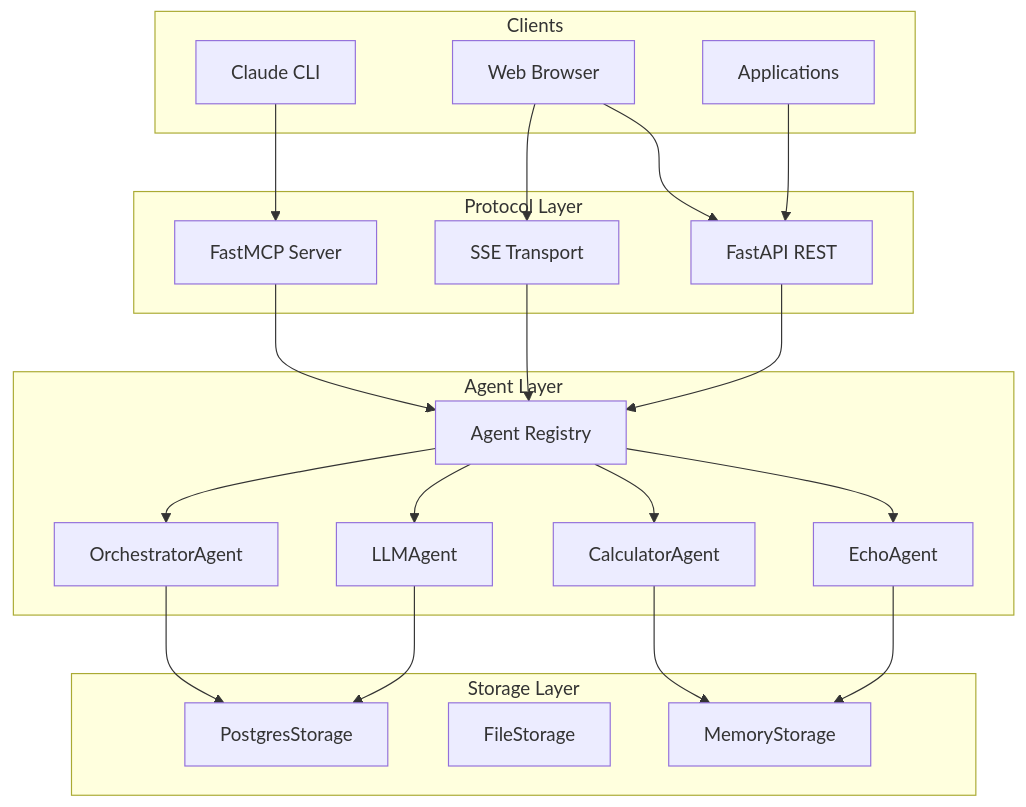
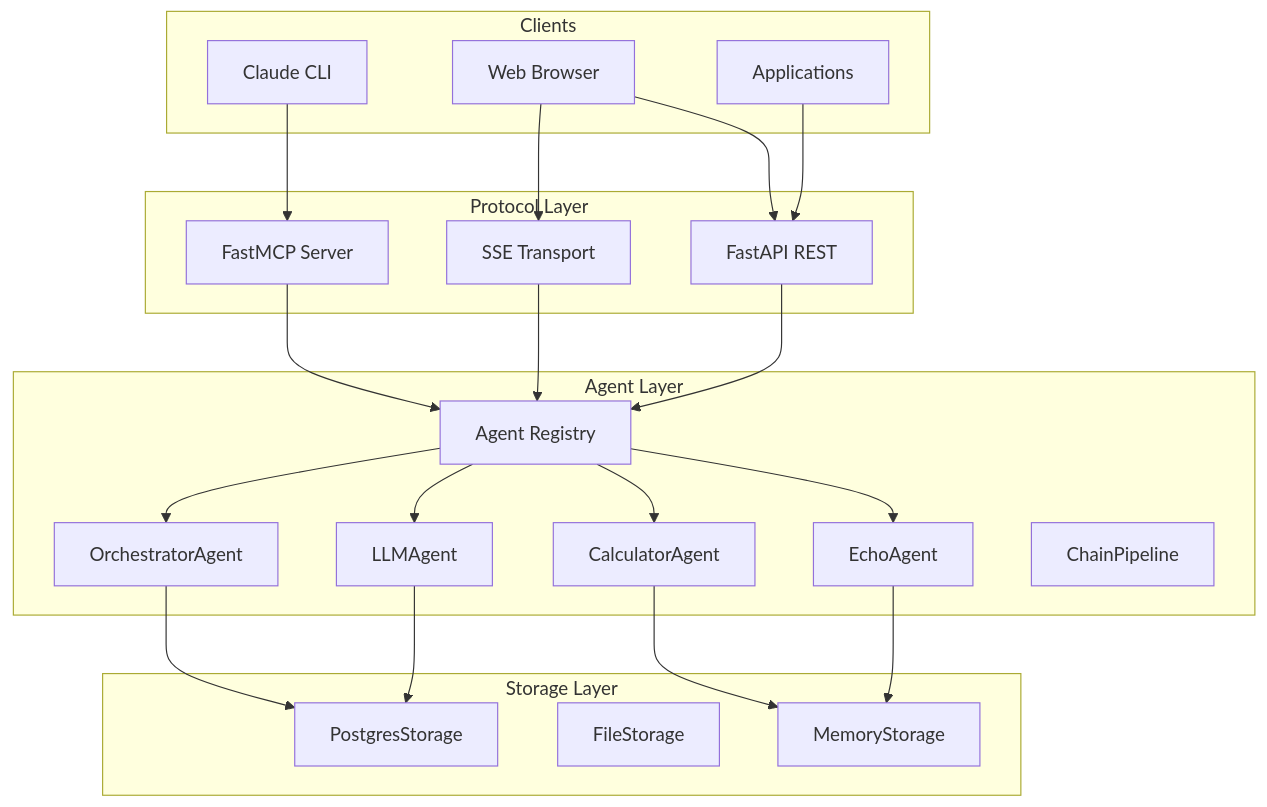
The first of 7 diagrams in docs/software-architecture/README.md (lorenzogirardi/a2a), drawn with Mermaid before and after one commit. The commit also changed other lines of this file and 24 other files, not shown here.

First line of the commit message:
feat(chain): add Chain Pipeline Demo with live visualization

````diff
--- a/docs/software-architecture/README.md
+++ b/docs/software-architecture/README.md
@@ -5,47 +5,48 @@
 ```mermaid
 graph TB
     subgraph "Clients"
         CLI[Claude CLI]
         WEB[Web Browser]
         APP[Applications]
     end
 
     subgraph "Protocol Layer"
         MCP[FastMCP Server]
         API[FastAPI REST]
         SSE[SSE Transport]
     end
 
     subgraph "Agent Layer"
         REG[Agent Registry]
         ECHO[EchoAgent]
         CALC[CalculatorAgent]
         LLM[LLMAgent]
         ORCH[OrchestratorAgent]
+        CHAIN_P[ChainPipeline]
     end
 
     subgraph "Storage Layer"
         MEM[MemoryStorage]
         FILE[FileStorage]
         PG[PostgresStorage]
     end
 
     CLI --> MCP
     WEB --> API
     WEB --> SSE
     APP --> API
 
     MCP --> REG
     API --> REG
     SSE --> REG
 
     REG --> ECHO
     REG --> CALC
     REG --> LLM
     REG --> ORCH
 
     ECHO --> MEM
     CALC --> MEM
     LLM --> PG
     ORCH --> PG
 ```
````
